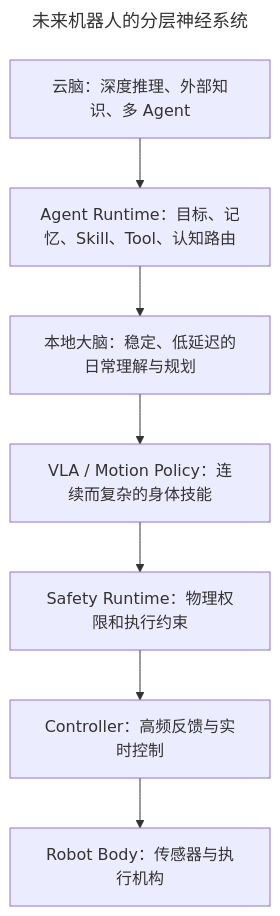
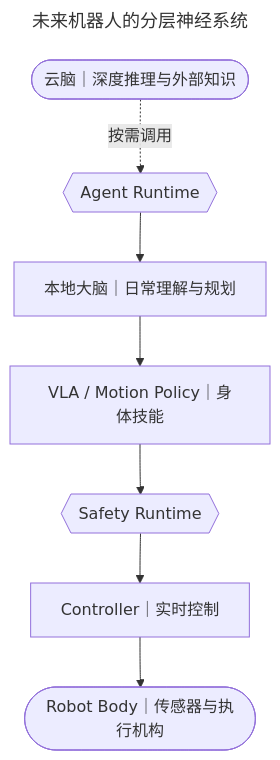
One commit to YinsenWANG/YinsenWANG.github.io changed the sixth of 6 diagrams in src/content/posts/embodied-ai-as-agent-tools.md. Above: the diagram before and after it, drawn with Mermaid. The commit also changed other lines of this file and 2 other files, not shown here.

Commit message:
Polish Mermaid diagram design

````diff
--- a/src/content/posts/embodied-ai-as-agent-tools.md
+++ b/src/content/posts/embodied-ai-as-agent-tools.md
@@ -295,20 +328,28 @@
 ```mermaid
 ---
 title: 未来机器人的分层神经系统
 ---
 flowchart TB
-  Cloud["云脑：深度推理、外部知识、多 Agent"]
-  Runtime["Agent Runtime：目标、记忆、Skill、Tool、认知路由"]
-  Local["本地大脑：稳定、低延迟的日常理解与规划"]
-  Policy["VLA / Motion Policy：连续而复杂的身体技能"]
-  Safety["Safety Runtime：物理权限和执行约束"]
-  Controller["Controller：高频反馈与实时控制"]
-  Body["Robot Body：传感器与执行机构"]
+  Cloud(["云脑｜深度推理与外部知识"])
+  Runtime{{"Agent Runtime"}}
+  Local["本地大脑｜日常理解与规划"]
+  Policy["VLA / Motion Policy｜身体技能"]
+  Safety{{"Safety Runtime"}}
+  Controller["Controller｜实时控制"]
+  Body(["Robot Body｜传感器与执行机构"])
 
-  Cloud --> Runtime
+  Cloud -.->|"按需调用"| Runtime
   Runtime --> Local
   Local --> Policy
   Policy --> Safety
   Safety --> Controller
   Controller --> Body
+
+  class Cloud cloud
+  class Runtime intelligence
+  class Local local
+  class Policy capability
+  class Safety safety
+  class Controller physical
+  class Body body
 ```
````
